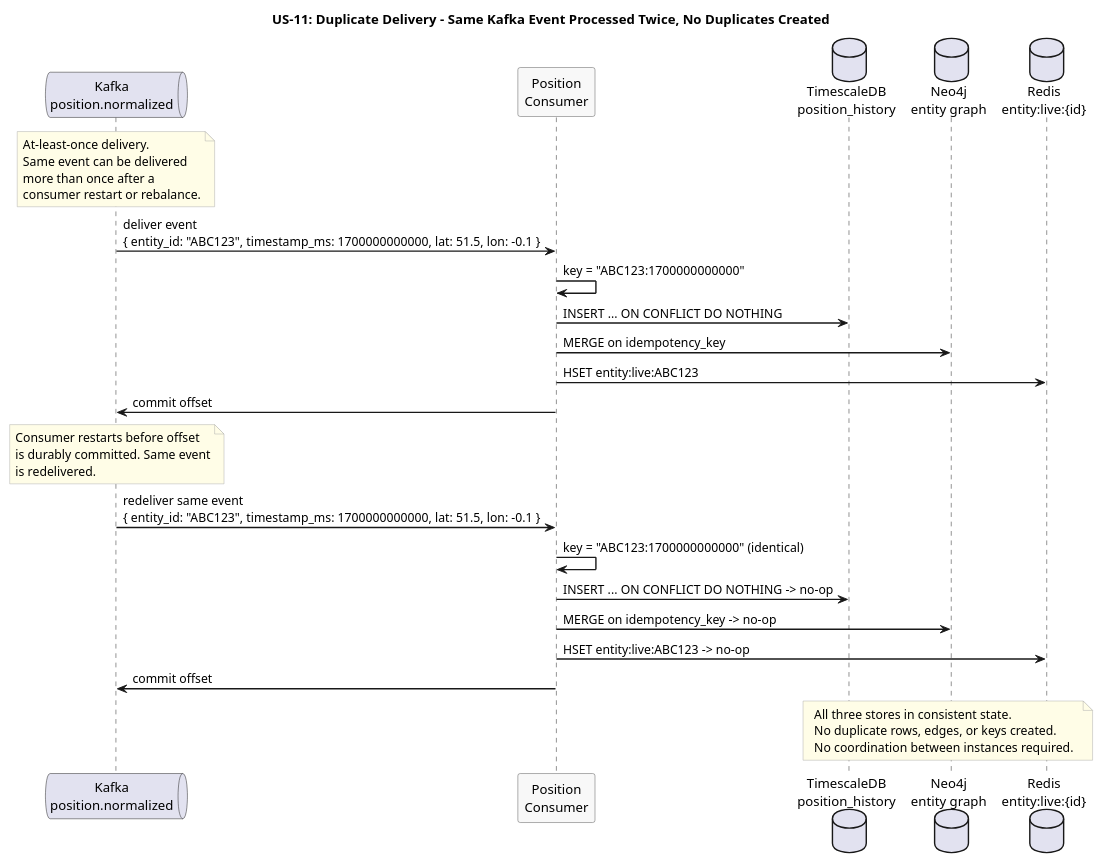
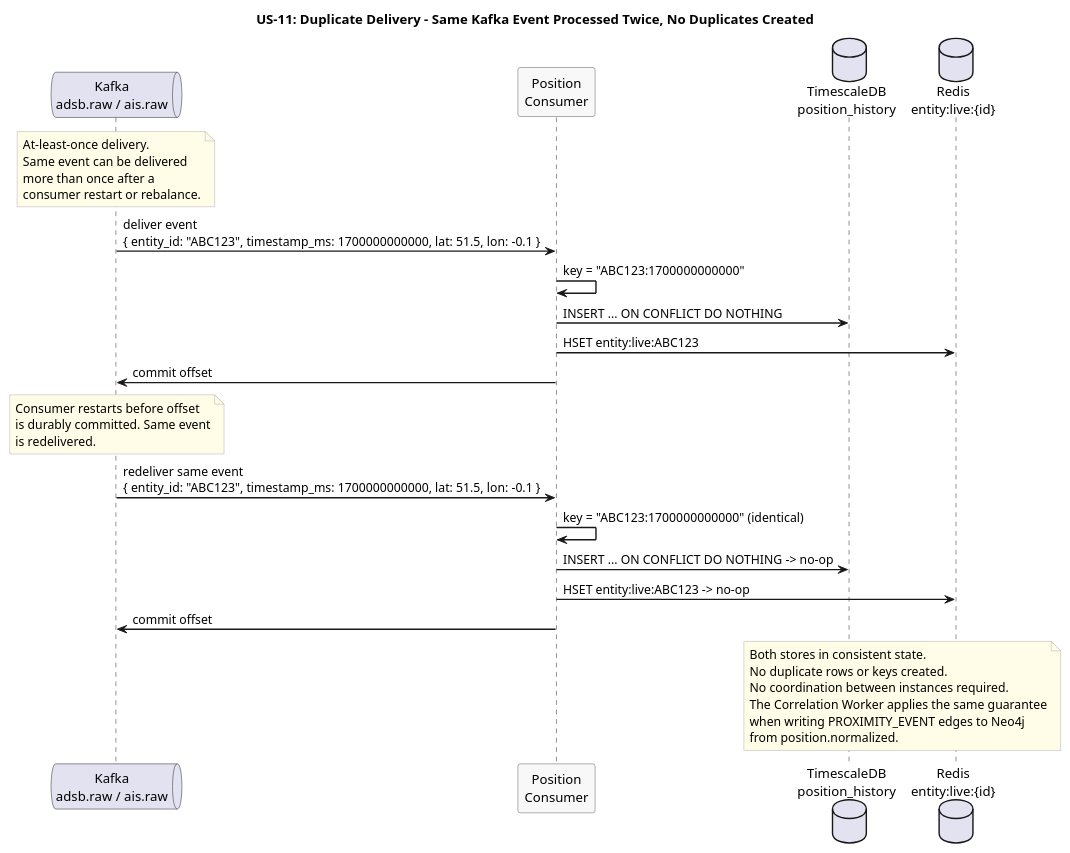
Before and after one commit to Buffden/sentinel: the diagram in docs/use-cases/US-11-idempotent-writes/duplicate-delivery.puml, drawn with PlantUML. The commit also changed 4 other files, not shown here.

Commit message:
docs: fix alert emission and store ownership - alert evaluator emits all alerts, position consumer owns TSDB and Redis, correlation worker owns Neo4j

```diff
--- a/docs/use-cases/US-11-idempotent-writes/duplicate-delivery.puml
+++ b/docs/use-cases/US-11-idempotent-writes/duplicate-delivery.puml
@@ -1,49 +1,49 @@
 @startuml duplicate-delivery
 title US-11: Duplicate Delivery - Same Kafka Event Processed Twice, No Duplicates Created
 
 skinparam sequenceArrowThickness 1.5
 skinparam participantBorderColor #555555
 skinparam participantBackgroundColor #F8F8F8
 skinparam noteBorderColor #AAAAAA
 skinparam noteBackgroundColor #FFFDE7
 
-queue "Kafka\nposition.normalized" as Kafka
+queue "Kafka\nadsb.raw / ais.raw" as Kafka
 participant "Position\nConsumer" as Consumer
 database "TimescaleDB\nposition_history" as TSDB
-database "Neo4j\nentity graph" as Neo4j
 database "Redis\nentity:live:{id}" as Redis
 
 note over Kafka
   At-least-once delivery.
   Same event can be delivered
   more than once after a
   consumer restart or rebalance.
 end note
 
 Kafka -> Consumer : deliver event\n{ entity_id: "ABC123", timestamp_ms: 1700000000000, lat: 51.5, lon: -0.1 }
 Consumer -> Consumer : key = "ABC123:1700000000000"
 Consumer -> TSDB : INSERT ... ON CONFLICT DO NOTHING
-Consumer -> Neo4j : MERGE on idempotency_key
 Consumer -> Redis : HSET entity:live:ABC123
 Consumer -> Kafka : commit offset
 
 note over Kafka
   Consumer restarts before offset
   is durably committed. Same event
   is redelivered.
 end note
 
 Kafka -> Consumer : redeliver same event\n{ entity_id: "ABC123", timestamp_ms: 1700000000000, lat: 51.5, lon: -0.1 }
 Consumer -> Consumer : key = "ABC123:1700000000000" (identical)
 Consumer -> TSDB : INSERT ... ON CONFLICT DO NOTHING -> no-op
-Consumer -> Neo4j : MERGE on idempotency_key -> no-op
 Consumer -> Redis : HSET entity:live:ABC123 -> no-op
 Consumer -> Kafka : commit offset
 
 note over TSDB, Redis
-  All three stores in consistent state.
-  No duplicate rows, edges, or keys created.
+  Both stores in consistent state.
+  No duplicate rows or keys created.
   No coordination between instances required.
+  The Correlation Worker applies the same guarantee
+  when writing PROXIMITY_EVENT edges to Neo4j
+  from position.normalized.
 end note
 
 @enduml
```
